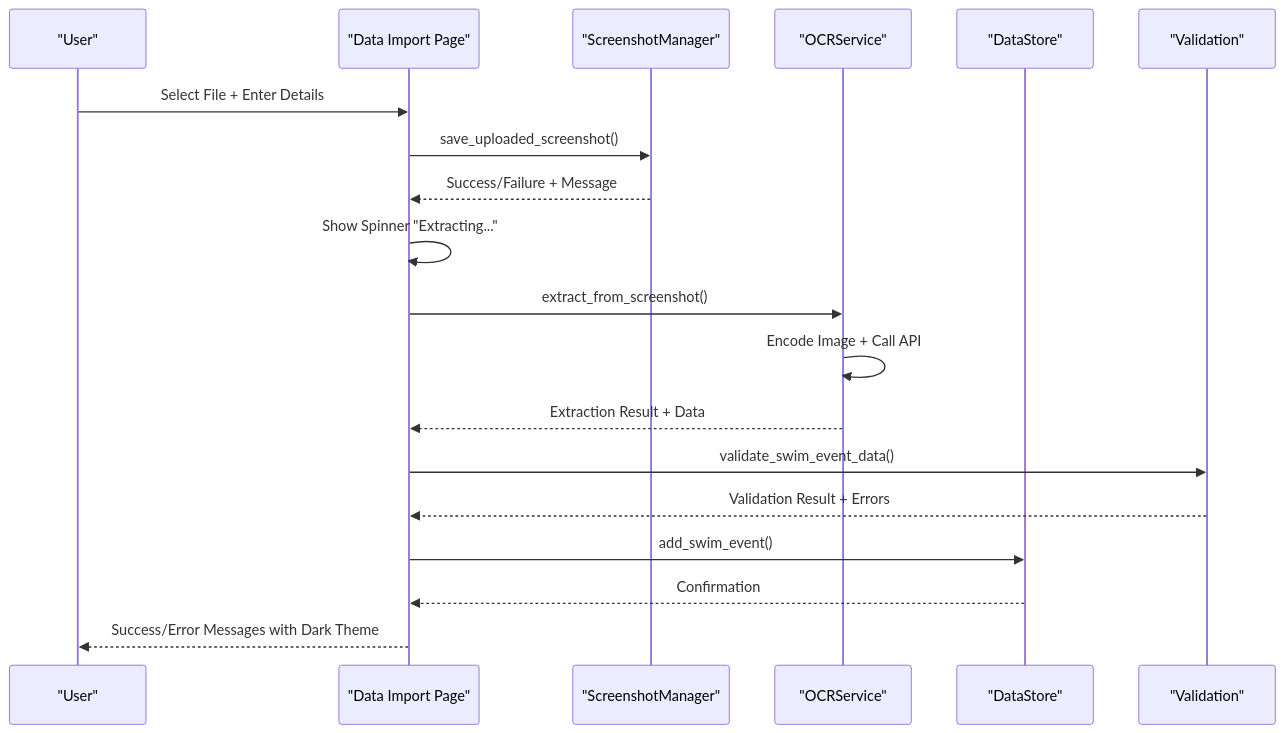
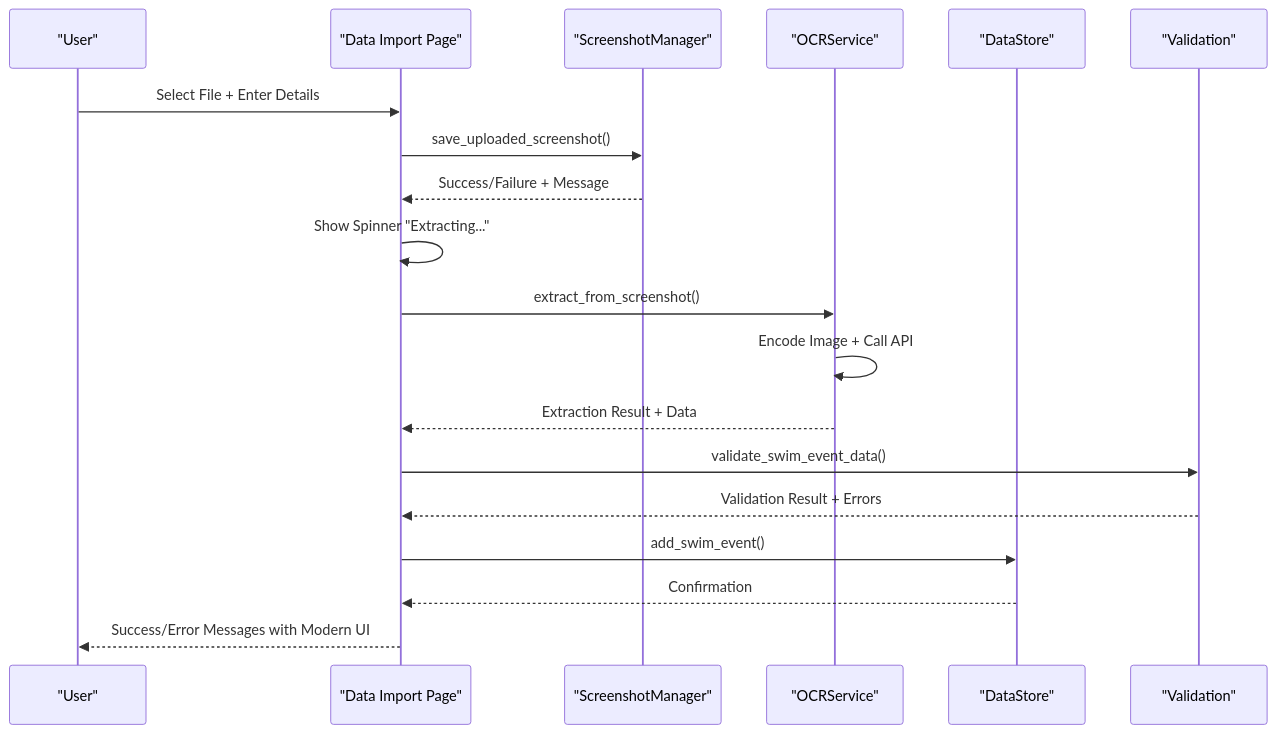
The eighth of 14 diagrams in .qoder/repowiki/en/content/Core Components/Application Controller.md (Johnny22056/SwimingStatus), drawn with Mermaid before and after one commit. The commit also changed other lines of this file and 5 other files, not shown here.

First line of the commit message:
feat: add Dark/Light theme toggle with centralized palette

````diff
--- a/.qoder/repowiki/en/content/Core Components/Application Controller.md
+++ b/.qoder/repowiki/en/content/Core Components/Application Controller.md
@@ -280,21 +347,21 @@
 ```mermaid
 sequenceDiagram
 participant User as "User"
 participant ImportPage as "Data Import Page"
 participant SM as "ScreenshotManager"
 participant OCR as "OCRService"
 participant DS as "DataStore"
 participant VA as "Validation"
 User->>ImportPage : Select File + Enter Details
 ImportPage->>SM : save_uploaded_screenshot()
 SM-->>ImportPage : Success/Failure + Message
 ImportPage->>ImportPage : Show Spinner "Extracting..."
 ImportPage->>OCR : extract_from_screenshot()
 OCR->>OCR : Encode Image + Call API
 OCR-->>ImportPage : Extraction Result + Data
 ImportPage->>VA : validate_swim_event_data()
 VA-->>ImportPage : Validation Result + Errors
 ImportPage->>DS : add_swim_event()
 DS-->>ImportPage : Confirmation
-ImportPage-->>User : Success/Error Messages with Dark Theme
+ImportPage-->>User : Success/Error Messages with Modern UI
 ```
````
